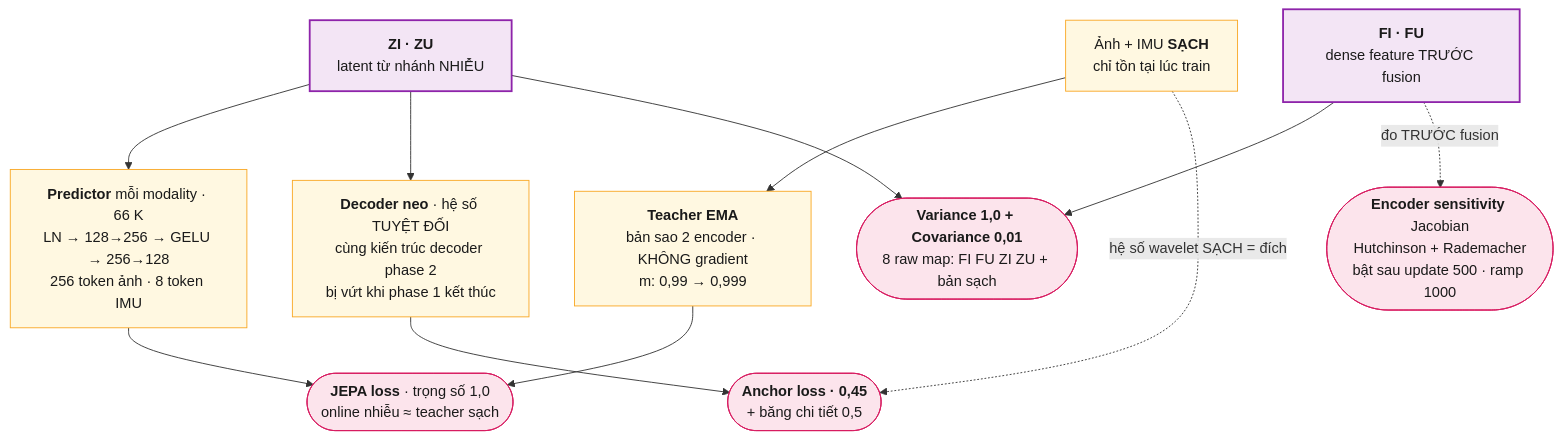
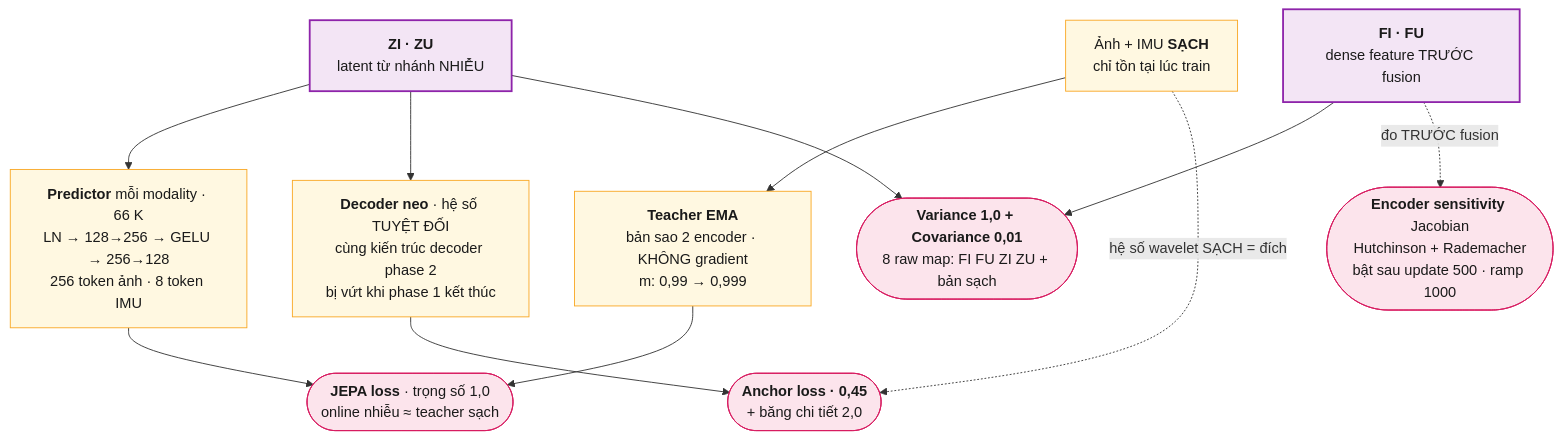
Before and after one commit to leesanghyoek/qwt_jepa_ver3: the third of 4 diagrams in README.md, drawn with Mermaid. The commit also changed other lines of this file and 1 other file, not shown here.

````diff
--- a/README.md
+++ b/README.md
@@ -94,26 +94,26 @@
 ```mermaid
 flowchart TB
     Z["<b>ZI · ZU</b><br/>latent từ nhánh NHIỄU"]
     F["<b>FI · FU</b><br/>dense feature TRƯỚC fusion"]
     CLEAN["Ảnh + IMU <b>SẠCH</b><br/>chỉ tồn tại lúc train"]
     TE["<b>Teacher EMA</b><br/>bản sao 2 encoder · KHÔNG gradient<br/>m: 0,99 → 0,999"]
     PR["<b>Predictor</b> mỗi modality · 66 K<br/>LN → 128→256 → GELU → 256→128<br/>256 token ảnh · 8 token IMU"]
     AN["<b>Decoder neo</b> · hệ số TUYỆT ĐỐI<br/>cùng kiến trúc decoder phase 2<br/>bị vứt khi phase 1 kết thúc"]
     JE(["<b>JEPA loss</b> · trọng số 1,0<br/>online nhiễu ≈ teacher sạch"])
     VC(["<b>Variance 1,0 + Covariance 0,01</b><br/>8 raw map: FI FU ZI ZU + bản sạch"])
     JA(["<b>Encoder sensitivity</b> Jacobian<br/>Hutchinson + Rademacher<br/>bật sau update 500 · ramp 1000"])
-    ANL(["<b>Anchor loss · 0,45</b><br/>+ băng chi tiết 0,5"])
+    ANL(["<b>Anchor loss · 0,45</b><br/>+ băng chi tiết 2,0"])
     CLEAN --> TE --> JE
     Z --> PR --> JE
     Z --> AN --> ANL
     CLEAN -. "hệ số wavelet SẠCH = đích" .-> ANL
     Z --> VC
     F --> VC
     F -. "đo TRƯỚC fusion" .-> JA
     classDef lat fill:#f3e5f5,stroke:#8e24aa,stroke-width:2px,color:#1a1a1a
     classDef p1 fill:#fff8e1,stroke:#f9a825,color:#1a1a1a
     classDef loss fill:#fce4ec,stroke:#d81b60,color:#1a1a1a
     class Z,F lat
     class CLEAN,TE,PR,AN p1
     class JE,VC,JA,ANL loss
 ```
````
